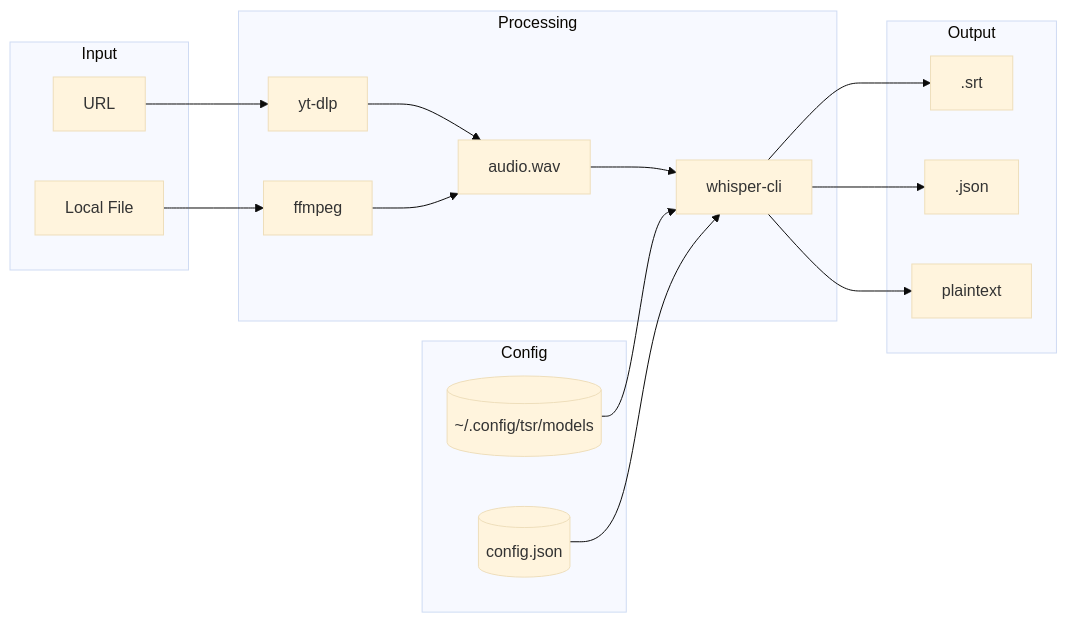
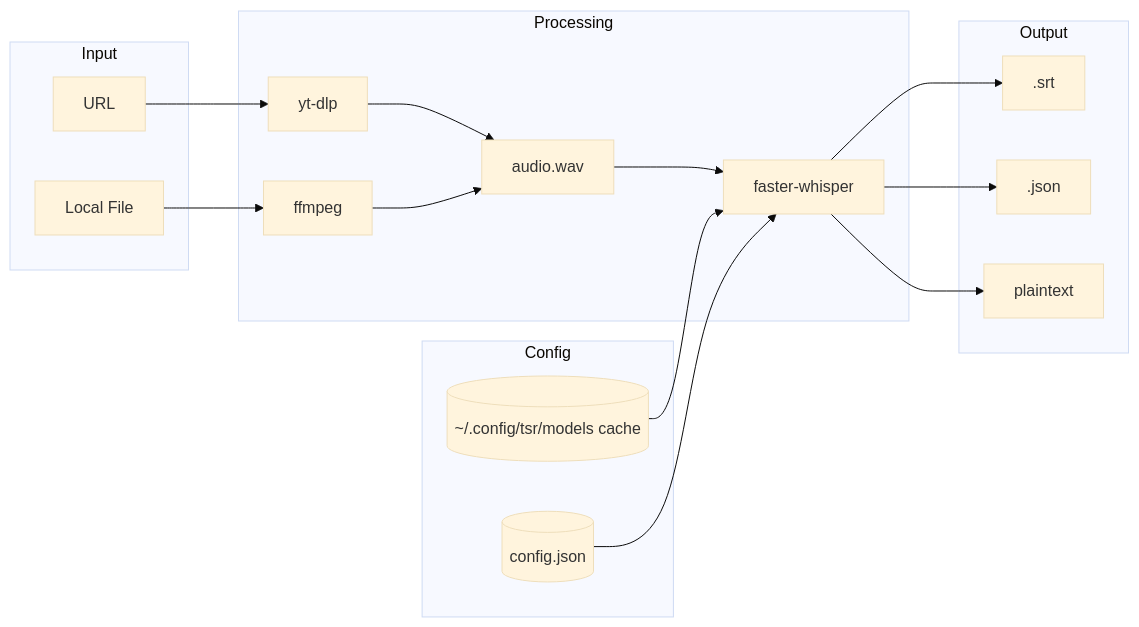
The diagram in README.md (ynbh/tsr), drawn with Mermaid (base theme) before and after one commit. The commit also changed other lines of this file and 4 other files, not shown here.

Commit message:
feat: migrate transcription backend to faster-whisper

````diff
--- a/README.md
+++ b/README.md
@@ -80,29 +80,29 @@
 ```mermaid
 flowchart LR
     subgraph Input
         URL[URL]
         FILE[Local File]
     end
 
     subgraph Processing
         URL --> YTDLP[yt-dlp]
         YTDLP --> AUDIO[audio.wav]
         FILE --> FFMPEG[ffmpeg]
         FFMPEG --> AUDIO
-        AUDIO --> WHISPER[whisper-cli]
+        AUDIO --> WHISPER[faster-whisper]
     end
 
     subgraph Output
         WHISPER --> SRT[.srt]
         WHISPER --> JSON[.json]
         WHISPER --> PLAIN[plaintext]
     end
 
     subgraph Config
-        MODELS[(~/.config/tsr/models)]
+        MODELS[(~/.config/tsr/models cache)]
         CFG[(config.json)]
     end
 
     MODELS --> WHISPER
     CFG --> WHISPER
 ```
````
